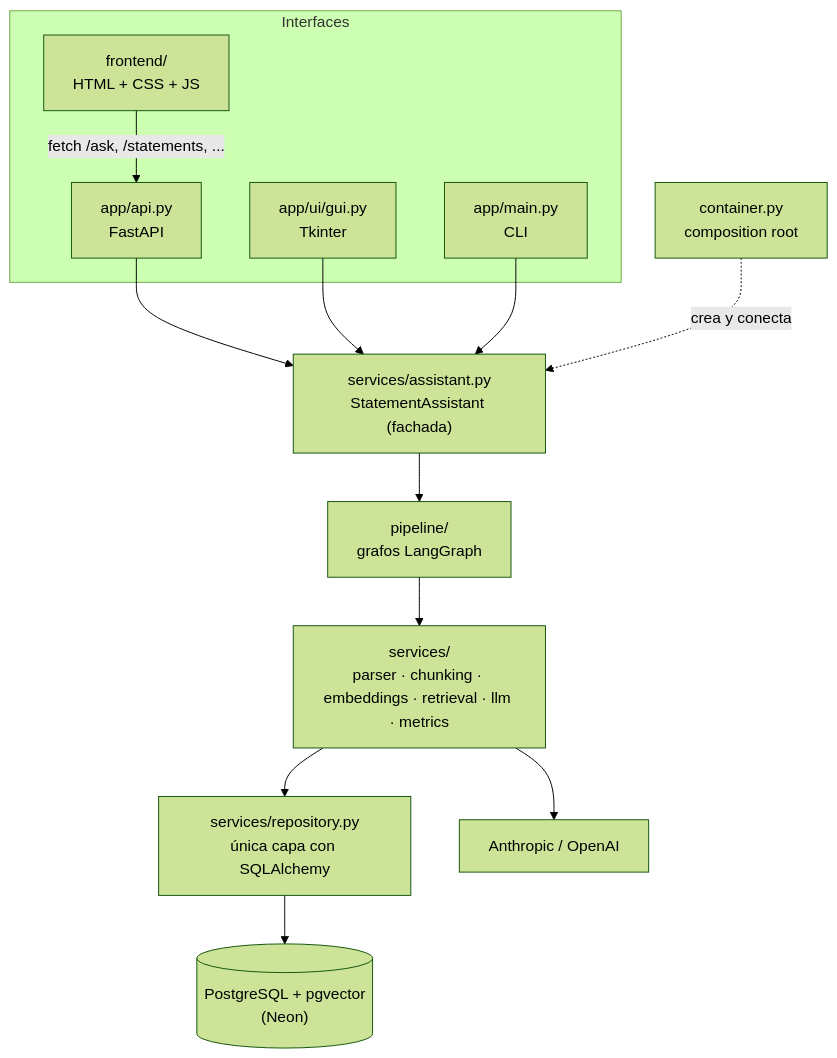
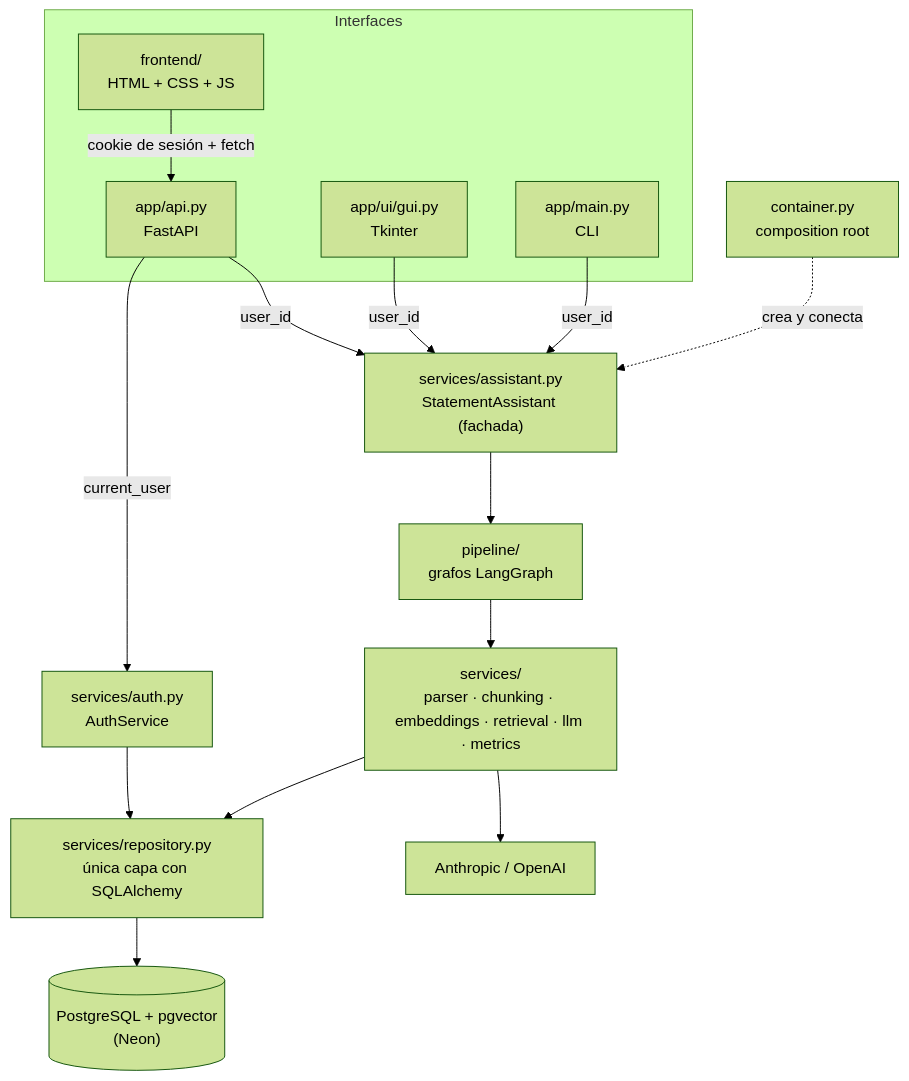
The first of 5 diagrams in README.md (emunozarguijo/my_personal_projects), drawn with Mermaid (forest theme) before and after one commit. The commit also changed other lines of this file and 35 other files, not shown here.

````diff
--- a/README.md
+++ b/README.md
@@ -21,17 +24,19 @@
 ```mermaid
 flowchart TB
     subgraph UI["Interfaces"]
         FE["frontend/<br/>HTML + CSS + JS"]
         API["app/api.py<br/>FastAPI"]
         GUI["app/ui/gui.py<br/>Tkinter"]
         CLI["app/main.py<br/>CLI"]
     end
-    FE -- "fetch /ask, /statements, ..." --> API
-    API & GUI & CLI --> FACADE["services/assistant.py<br/>StatementAssistant (fachada)"]
+    FE -- "cookie de sesión + fetch" --> API
+    API -- "current_user" --> AUTH["services/auth.py<br/>AuthService"]
+    AUTH --> REPO
+    API & GUI & CLI -- "user_id" --> FACADE["services/assistant.py<br/>StatementAssistant (fachada)"]
     FACADE --> PIPE["pipeline/<br/>grafos LangGraph"]
     PIPE --> SVC["services/<br/>parser · chunking · embeddings · retrieval · llm · metrics"]
     SVC --> REPO["services/repository.py<br/>única capa con SQLAlchemy"]
     REPO --> DB[("PostgreSQL + pgvector<br/>(Neon)")]
     SVC --> EXT["Anthropic / OpenAI"]
     CONT["container.py<br/>composition root"] -. crea y conecta .-> FACADE
 ```
````
